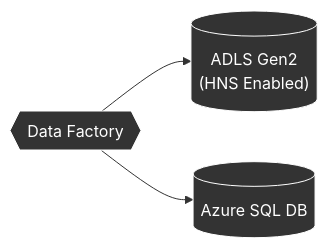
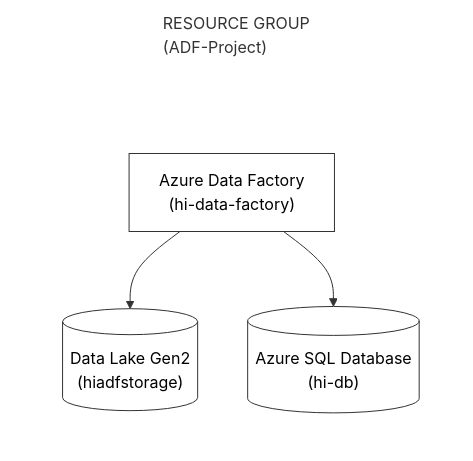
Before and after one commit to hamdahiqbal/ADF-Capstone-Project: the third of 14 diagrams in README.md, drawn with Mermaid. The commit also changed other lines of this file, not shown here.

````diff
--- a/README.md
+++ b/README.md
@@ -129,9 +254,20 @@
 ```mermaid
-graph LR
-    ADF{{"Data Factory"}} --> Storage[("ADLS Gen2<br>(HNS Enabled)")]
-    ADF --> SQL[("Azure SQL DB")]
-    
-    style ADF fill:#333,stroke:#fff,color:#fff
-    style Storage fill:#333,stroke:#fff,color:#fff
-    style SQL fill:#333,stroke:#fff,color:#fff
+graph TD
+    subgraph RG ["RESOURCE GROUP <br>(ADF-Project)"]
+        direction TB
+        TITLE[ ]
+        ADF["Azure Data Factory<br>(hi-data-factory)"]
+        Storage[("Data Lake Gen2<br>(hiadfstorage)")]
+        SQL[("Azure SQL Database<br>(hi-db)")]
+
+        TITLE ~~~ ADF
+        ADF --> Storage
+        ADF --> SQL
+    end
+
+    style RG fill:none,stroke:#ffffff,stroke-width:2px,stroke-dasharray: 5 5
+    style TITLE fill:none,stroke:none,color:none
+    style ADF fill:#ffffff,stroke:#333,color:#000
+    style Storage fill:#ffffff,stroke:#333,color:#000
+    style SQL fill:#ffffff,stroke:#333,color:#000
 ```
````
